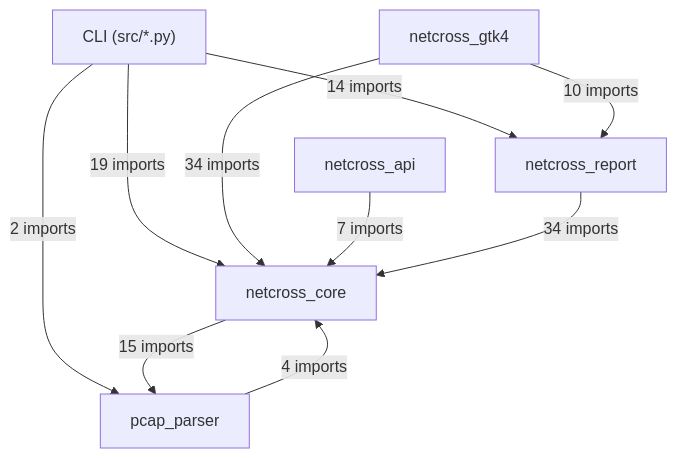
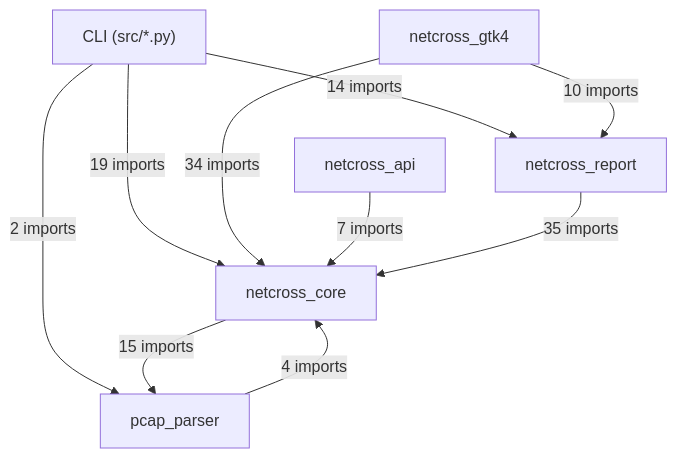
Before and after one commit to MathildeDec/Netcross: the first of 16 diagrams in docs/class-diagram.md, drawn with Mermaid. The commit also changed 1 other file, not shown here.

Commit message:
feat(#299): câblage _() dans session_objects.py
Import i18n.setup_gettext('netcross-report').
Chaînes wrappées : titre EXPERTISE, Flux correles, Diagnostics par
segment, Conformite, Evenements d'expertise, Expertise tshark,
Cause probable, Impact, paquet(s), octet(s), conversation(s),
evaluee(s), messages '... et N autre(s)'.

3167 tests passent.

````diff
--- a/docs/class-diagram.md
+++ b/docs/class-diagram.md
@@ -26,18 +26,18 @@
 ```mermaid
 flowchart TD
     CLI["CLI (src/*.py)"]
     netcross_gtk4["netcross_gtk4"]
     netcross_api["netcross_api"]
     netcross_report["netcross_report"]
     netcross_core["netcross_core"]
     pcap_parser["pcap_parser"]
     CLI -->|"14 imports"| netcross_report
     CLI -->|"19 imports"| netcross_core
     CLI -->|"2 imports"| pcap_parser
     netcross_gtk4 -->|"10 imports"| netcross_report
     netcross_gtk4 -->|"34 imports"| netcross_core
     netcross_api -->|"7 imports"| netcross_core
-    netcross_report -->|"34 imports"| netcross_core
+    netcross_report -->|"35 imports"| netcross_core
     netcross_core -->|"15 imports"| pcap_parser
     pcap_parser -->|"4 imports"| netcross_core
 ```
````
